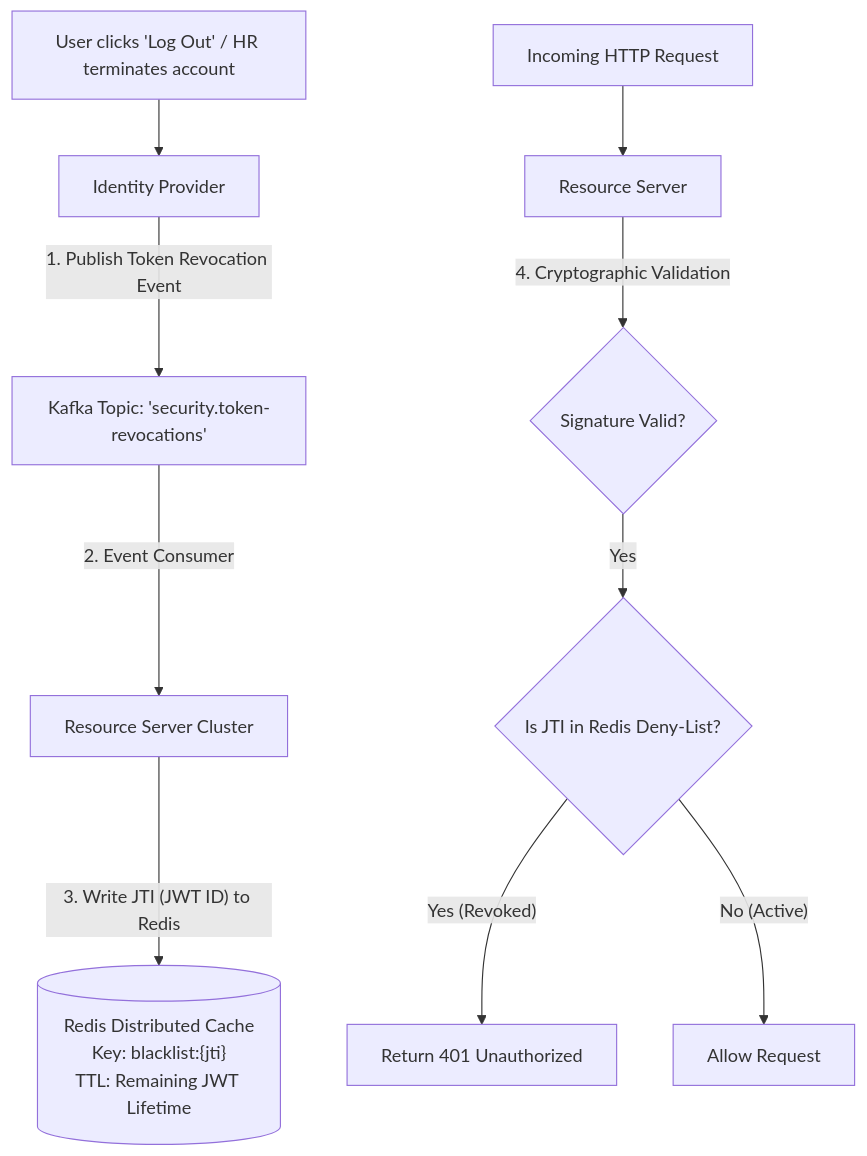
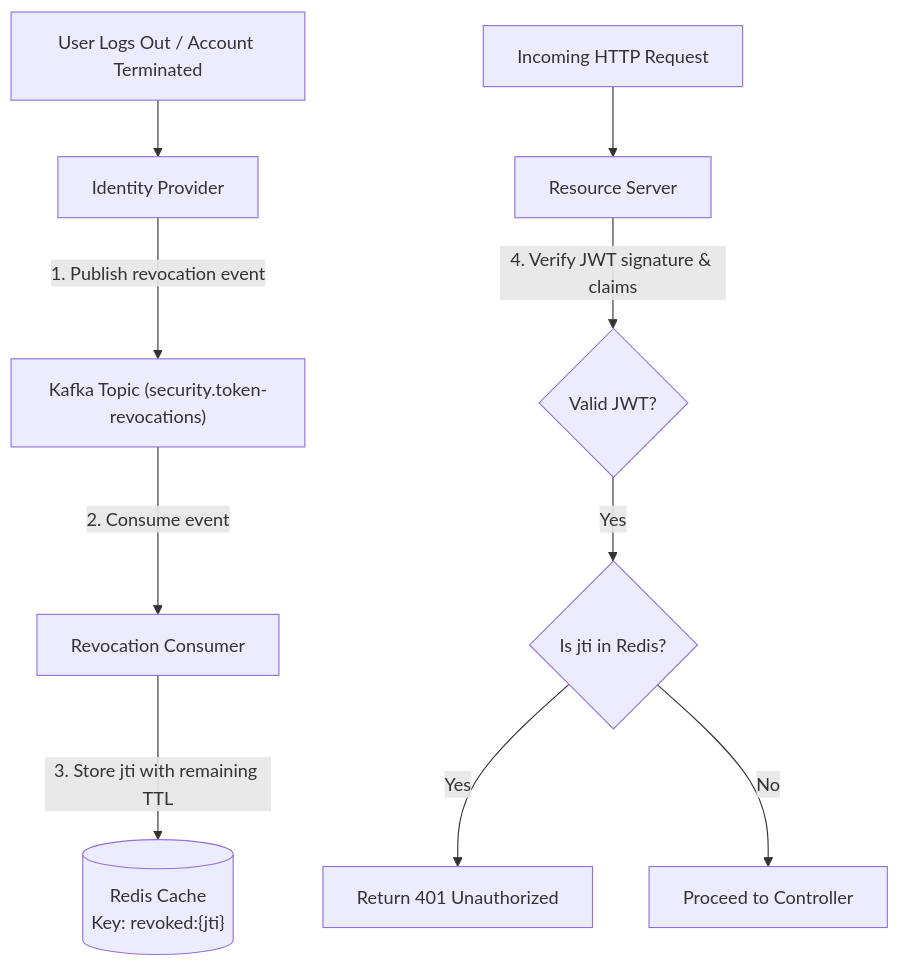
The third of 3 diagrams in content/roadmap/level-9/oauth2-and-oidc-resource-servers.md (ravishankar2463/java_hub), drawn with Mermaid before and after one commit. The commit also changed other lines of this file and 119 other files, not shown here.

Commit message:
feat: add comprehensive java learning roadmap content across multiple levels

````diff
--- a/content/roadmap/level-9/oauth2-and-oidc-resource-servers.md
+++ b/content/roadmap/level-9/oauth2-and-oidc-resource-servers.md
@@ -399,13 +463,13 @@
 ```mermaid
 flowchart TD
-    User["User clicks 'Log Out' / HR terminates account"] --> AuthServer["Identity Provider"]
-    AuthServer -->|"1. Publish Token Revocation Event"| Kafka["Kafka Topic: 'security.token-revocations'"]
-    Kafka -->|"2. Event Consumer"| Pods["Resource Server Cluster"]
-    Pods -->|"3. Write JTI (JWT ID) to Redis"| Redis[("Redis Distributed Cache<br/>Key: blacklist:{jti}<br/>TTL: Remaining JWT Lifetime")]
+    Event["User Logs Out / Account Terminated"] --> IdP["Identity Provider"]
+    IdP -->|"1. Publish revocation event"| Kafka["Kafka Topic (security.token-revocations)"]
+    Kafka -->|"2. Consume event"| Worker["Revocation Consumer"]
+    Worker -->|"3. Store jti with remaining TTL"| Redis[("Redis Cache<br/>Key: revoked:{jti}")]
 
-    Inbound["Incoming HTTP Request"] --> RS["Resource Server"]
-    RS -->|"4. Cryptographic Validation"| Valid{"Signature Valid?"}
-    Valid -- Yes --> CheckRedis{"Is JTI in Redis Deny-List?"}
-    CheckRedis -- Yes (Revoked) --> Reject["Return 401 Unauthorized"]
-    CheckRedis -- No (Active) --> Allow["Allow Request"]
+    Req["Incoming HTTP Request"] --> RS["Resource Server"]
+    RS -->|"4. Verify JWT signature & claims"| Valid{"Valid JWT?"}
+    Valid -->|"Yes"| Check{"Is jti in Redis?"}
+    Check -->|"Yes"| Reject["Return 401 Unauthorized"]
+    Check -->|"No"| Allow["Proceed to Controller"]
 ```
````
